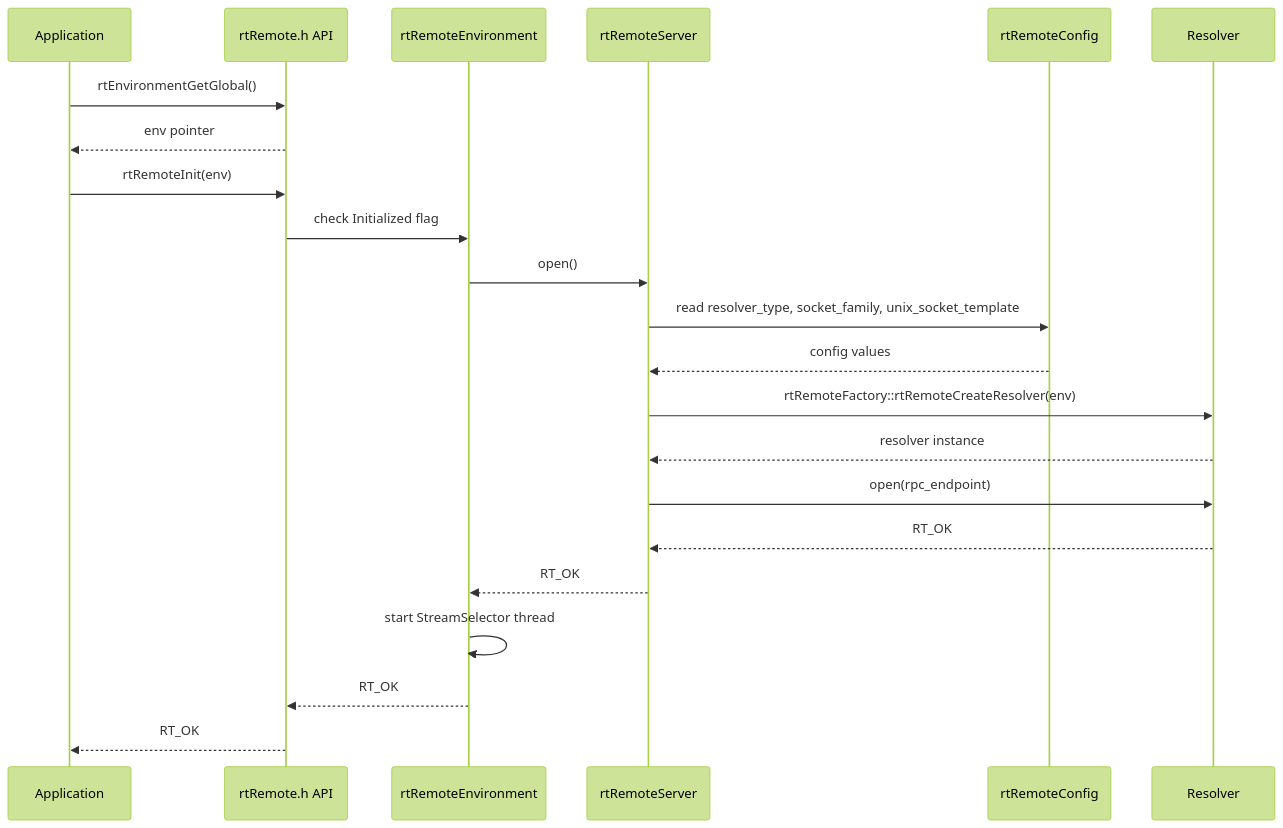
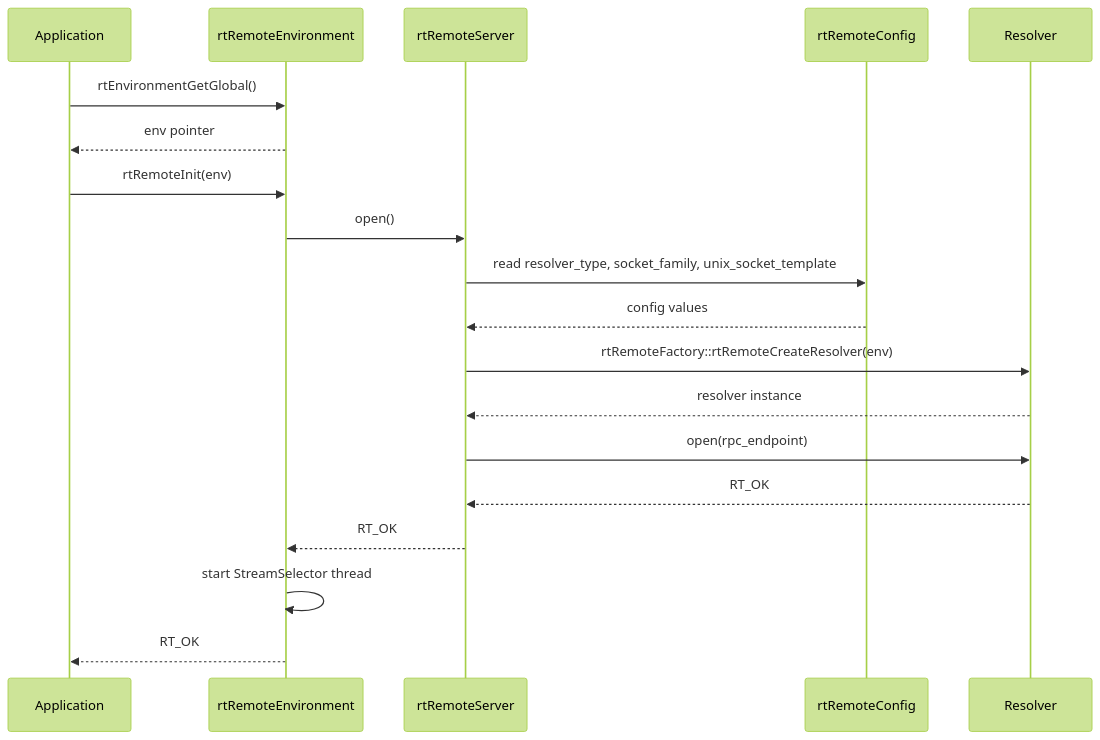
Before and after one commit to rns21/RDK_Documentation: the fourth of 8 diagrams in docs/docu/RDKV-Documentations/rtremote.md, drawn with Mermaid (forest theme). The commit also changed other lines of this file, not shown here.

````diff
--- a/docs/docu/RDKV-Documentations/rtremote.md
+++ b/docs/docu/RDKV-Documentations/rtremote.md
@@ -192,26 +192,23 @@
 ```mermaid
 sequenceDiagram
     participant App as Application
-    participant API as rtRemote.h API
     participant Env as rtRemoteEnvironment
     participant Srv as rtRemoteServer
     participant Cfg as rtRemoteConfig
     participant Res as Resolver
 
-    App->>API: rtEnvironmentGetGlobal()
-    API-->>App: env pointer
+    App->>Env: rtEnvironmentGetGlobal()
+    Env-->>App: env pointer
 
-    App->>API: rtRemoteInit(env)
-    API->>Env: check Initialized flag
+    App->>Env: rtRemoteInit(env)
     Env->>Srv: open()
     Srv->>Cfg: read resolver_type, socket_family, unix_socket_template
     Cfg-->>Srv: config values
     Srv->>Res: rtRemoteFactory::rtRemoteCreateResolver(env)
     Res-->>Srv: resolver instance
     Srv->>Res: open(rpc_endpoint)
     Res-->>Srv: RT_OK
     Srv-->>Env: RT_OK
     Env->>Env: start StreamSelector thread
-    Env-->>API: RT_OK
-    API-->>App: RT_OK
+    Env-->>App: RT_OK
 ```
````
